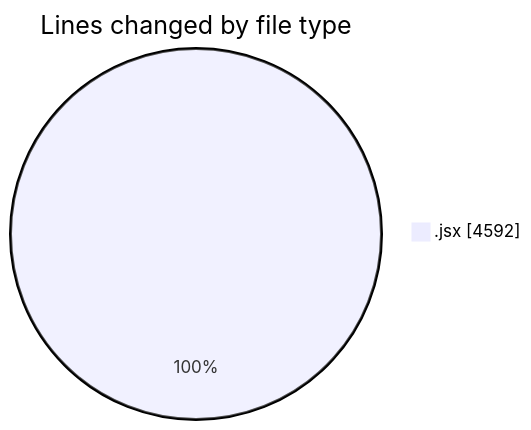
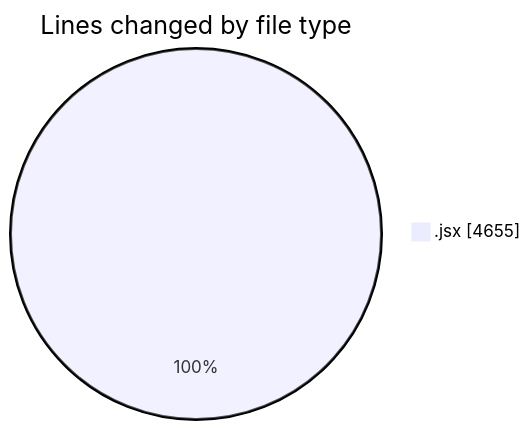
Before and after one commit to nxtqubesakshisongat/code-tracking: the first of 2 diagrams in 2025-07-08/argos/README.md, drawn with Mermaid. The commit also changed other lines of this file and 1 other file, not shown here.

````diff
--- a/2025-07-08/argos/README.md
+++ b/2025-07-08/argos/README.md
@@ -26,5 +26,5 @@
 ```mermaid
 pie showData
 title Lines changed by file type
-".jsx" : 4592
+".jsx" : 4655
 ```
````
